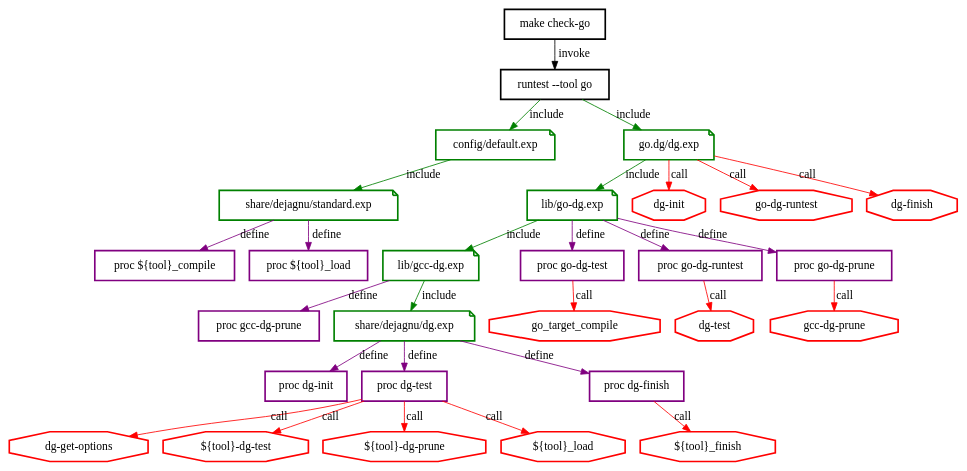
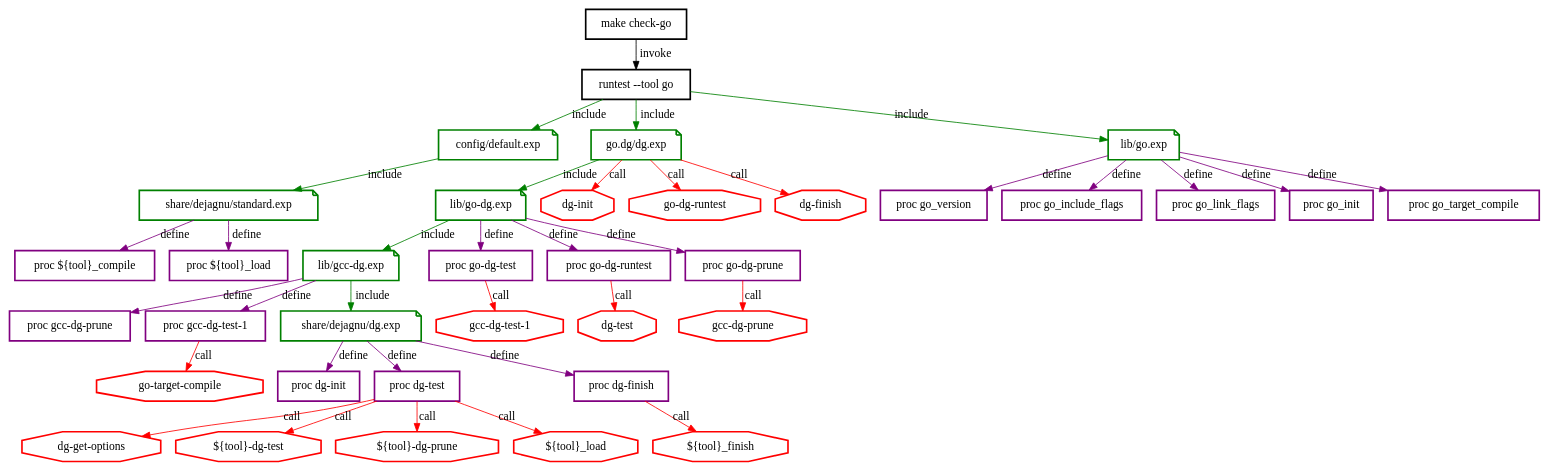
The diagram in docs/source/part12_expect.dot (GCC-Tiny/gcc-tiny-docs-rtd), drawn with Graphviz before and after one commit.

Commit message:
part12: update with lib/go.exp

```diff
--- a/docs/source/part12_expect.dot
+++ b/docs/source/part12_expect.dot
@@ -1,91 +1,84 @@
   digraph foo {
     edge [labelfloat=true]
     node [color=green,penwidth=2.0,shape=note]
 
     "make check-go" [color=black,shape=box]
     "runtest --tool go" [color=black,shape=box]
     "make check-go" -> "runtest --tool go" [label=invoke,color=black]
     "runtest --tool go" -> "config/default.exp" [label=include,color=green];
     "runtest --tool go" -> "go.dg/dg.exp" -> "lib/go-dg.exp" -> "lib/gcc-dg.exp" [label=include,color=green];
-   
+    "runtest --tool go" -> "lib/go.exp" [label=include,color=green]
+    
+    "lib/go.exp" -> "proc go_version" [label=define,color=purple]
+    "lib/go.exp" -> "proc go_include_flags" [label=define,color=purple]
+    "lib/go.exp" -> "proc go_link_flags" [label=define,color=purple]
+    "lib/go.exp" -> "proc go_init" [label=define,color=purple]
+    "lib/go.exp" -> "proc go_target_compile" [label=define,color=purple]
+
    //shape=box: proc definitions
    "proc ${tool}_compile" [shape=box,color=purple];
    "proc ${tool}_load" [shape=box,color=purple];
+   "proc go_version" [shape=box,color=purple]
+   "proc go_include_flags" [shape=box,color=purple]
+   "proc go_link_flags" [shape=box,color=purple]
+   "proc go_init" [shape=box,color=purple]
+   "proc go_target_compile" [shape=box,color=purple]
+
+   
 
    "config/default.exp" -> "share/dejagnu/standard.exp" [label=include,color=green]
    "share/dejagnu/standard.exp" -> "proc ${tool}_load" [label=define,color=purple];
    "share/dejagnu/standard.exp" -> "proc ${tool}_compile" [label=define,color=purple];
 
    //shape=octagon: commands
    "dg-init" [shape=octagon,color=red];
    "go-dg-runtest" [shape=octagon,color=red];
    "dg-finish" [shape=octagon,color=red];
 
    "go.dg/dg.exp" -> "dg-init" [label=call,color=red]
    "go.dg/dg.exp" -> "go-dg-runtest" [label=call,color=red]
    "go.dg/dg.exp" -> "dg-finish" [label=call,color=red]
 
    "proc dg-init" [shape=box,color=purple];
    "proc dg-test" [shape=box,color=purple];
    "proc dg-finish" [shape=box,color=purple];
    "proc gcc-dg-prune" [shape=box,color=purple];
+   "proc gcc-dg-test-1" [shape=box,color=purple];
+   "go-target-compile" [shape=octagon,color=red] 
    "${tool}_finish" [shape=octagon,color=red];
    "lib/gcc-dg.exp" -> "proc gcc-dg-prune" [label=define,color=purple]
+   "lib/gcc-dg.exp" -> "proc gcc-dg-test-1" [label=define,color=purple]
+   "proc gcc-dg-test-1" -> "go-target-compile" [label=call,color=red]
    "lib/gcc-dg.exp" -> "share/dejagnu/dg.exp" [label=include,color=green]
    "share/dejagnu/dg.exp" -> "proc dg-init" [label=define,color=purple]
    "share/dejagnu/dg.exp" -> "proc dg-test" [label=define,color=purple]
-   "share/dejagnu/dg.exp" -> "proc dg-finish" [label=define,color=purple] 
+   "share/dejagnu/dg.exp" -> "proc dg-finish" [label=define,color=purple]
    "proc dg-finish" -> "${tool}_finish" [label=call,color=red]
 
    "dg-get-options" [shape=octagon,color=red];
    "${tool}-dg-test" [shape=octagon,color=red];
    "${tool}-dg-prune" [shape=octagon,color=red];
    "${tool}_load" [shape=octagon,color=red];
    "proc dg-test" -> "dg-get-options" [label=call,color=red]
    "proc dg-test" -> "${tool}-dg-test" [label=call,color=red]
    "proc dg-test" -> "${tool}-dg-prune" [label=call,color=red]
    "proc dg-test" -> "${tool}_load" [label=call,color=red]
 
    "proc go-dg-test" [shape=box,color=purple];
    "proc go-dg-runtest" [shape=box,color=purple];
    "proc go-dg-prune" [shape=box,color=purple];
 
    "lib/go-dg.exp" -> "proc go-dg-test" [label=define,color=purple]
    "lib/go-dg.exp" -> "proc go-dg-runtest" [label=define,color=purple]
    "lib/go-dg.exp" -> "proc go-dg-prune" [label=define,color=purple]
 
-   "go_target_compile" [shape=octagon,color=red];
-   "proc go-dg-test" -> "go_target_compile" [label=call,color=red]
+   "gcc-dg-test-1" [shape=octagon,color=red];
+   "proc go-dg-test" -> "gcc-dg-test-1" [label=call,color=red]
 
    "dg-test" [shape=octagon,color=red];
    "proc go-dg-runtest" -> "dg-test" [label=call,color=red]
 
    "gcc-dg-prune"  [shape=octagon,color=red];
    "proc go-dg-prune" -> "gcc-dg-prune" [label=call,color=red]
-    /*
-subgraph "gcc-dg.exp" { color=blue;
-
-  "lib/gcc-dg.exp" -> "lib/dg.exp";
-  "lib/gcc-dg.exp" -> "lib/file-format.exp";
-  "lib/gcc-dg.exp" -> "lib/target-supports.exp";
-  "lib/gcc-dg.exp" -> "lib/target-supports-dg.exp";
-  "lib/gcc-dg.exp" -> "lib/scanasm.exp";
-  "lib/gcc-dg.exp" -> "lib/scanrtl.exp";
-  "lib/gcc-dg.exp" -> "lib/scantree.exp";
-  "lib/gcc-dg.exp" -> "lib/scanltranstree.exp";
-  "lib/gcc-dg.exp" -> "lib/scanipa.exp";
-  "lib/gcc-dg.exp" -> "lib/scanwpaipa.exp";
-  "lib/gcc-dg.exp" -> "lib/scanlang.exp";
-  "lib/gcc-dg.exp" -> "lib/scansarif.exp";
-  "lib/gcc-dg.exp" -> "lib/timeout.exp";
-  "lib/gcc-dg.exp" -> "lib/timeout-dg.exp";
-  "lib/gcc-dg.exp" -> "lib/prune.exp";
-  "lib/gcc-dg.exp" -> "lib/libgloss.exp";
-  "lib/gcc-dg.exp" -> "lib/target-libpath.exp";
-  "lib/gcc-dg.exp" -> "lib/torture-options.exp";
-  "lib/gcc-dg.exp" -> "lib/fortran-modules.exp";
-  "lib/gcc-dg.exp" -> "lib/multiline.exp";
-}
-*/
 
    }
```
